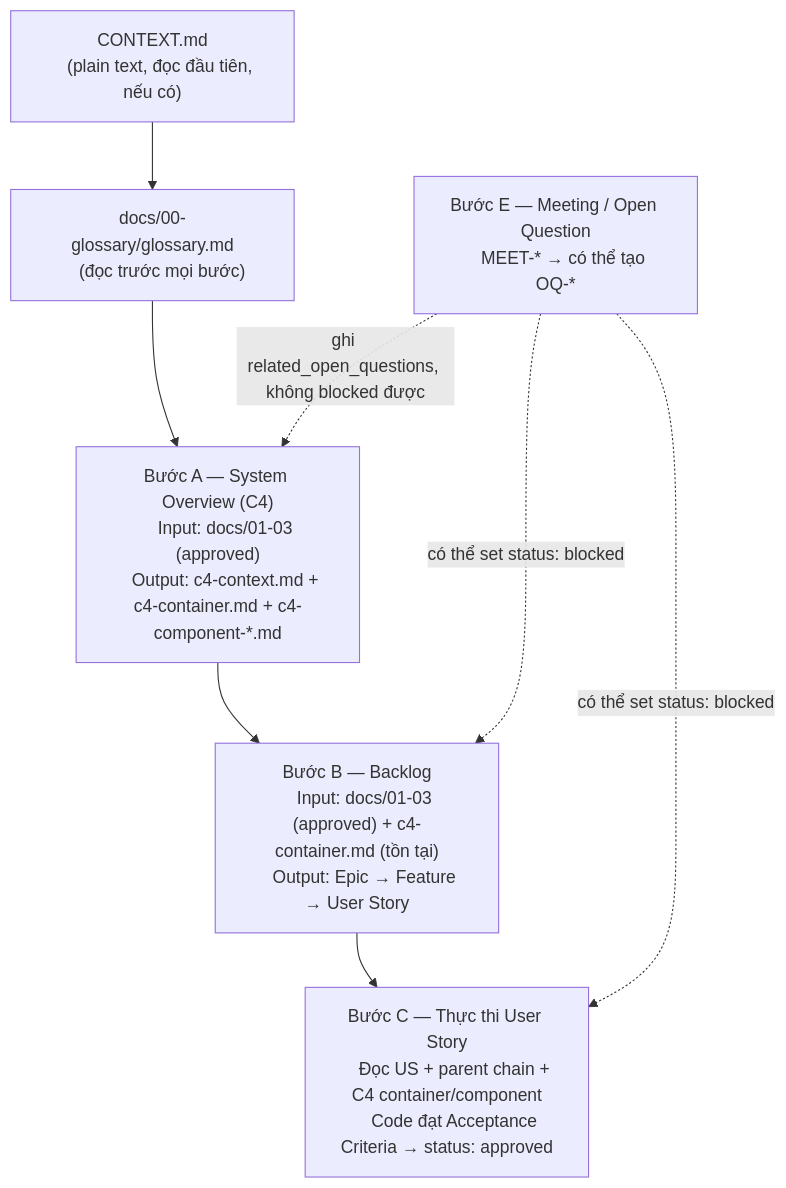
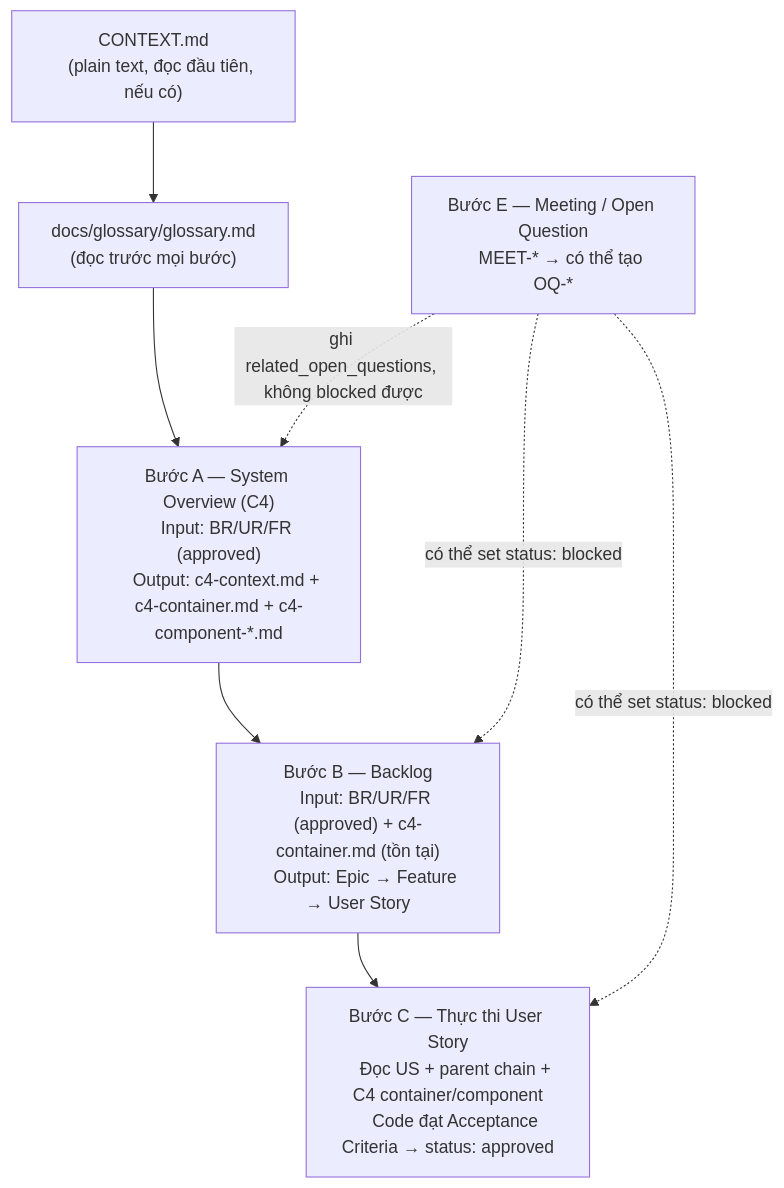
One commit to elsieej/spec-kit-template changed the first of 2 diagrams in AGENTS.md. Above: the diagram before and after it, drawn with Mermaid. The commit also changed other lines of this file and 23 other files, not shown here.

````diff
--- a/AGENTS.md
+++ b/AGENTS.md
@@ -35,25 +35,25 @@
 ```mermaid
 flowchart TD
     CTX["CONTEXT.md
     (plain text, đọc đầu tiên, nếu có)"]
-    G["docs/00-glossary/glossary.md
+    G["docs/glossary/glossary.md
     (đọc trước mọi bước)"]
 
     A["Bước A — System Overview (C4)
-    Input: docs/01-03 (approved)
+    Input: BR/UR/FR (approved)
     Output: c4-context.md + c4-container.md + c4-component-*.md"]
     B["Bước B — Backlog
-    Input: docs/01-03 (approved) + c4-container.md (tồn tại)
+    Input: BR/UR/FR (approved) + c4-container.md (tồn tại)
     Output: Epic → Feature → User Story"]
     C["Bước C — Thực thi User Story
     Đọc US + parent chain + C4 container/component
     Code đạt Acceptance Criteria → status: approved"]
     E["Bước E — Meeting / Open Question
     MEET-* → có thể tạo OQ-*"]
 
     CTX --> G --> A
     A --> B --> C
     E -. ghi related_open_questions, không blocked được .-> A
     E -. có thể set status: blocked .-> B
     E -. có thể set status: blocked .-> C
 ```
````
